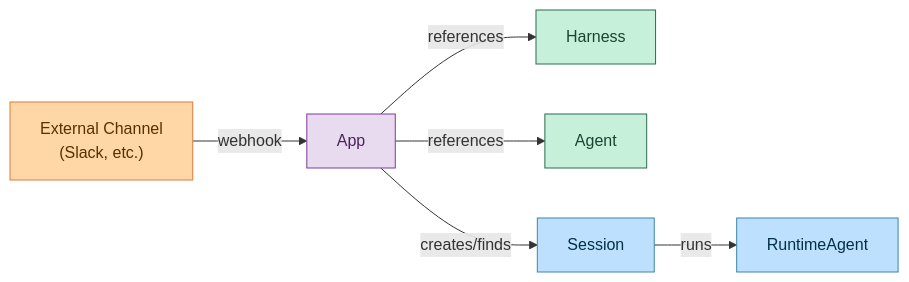
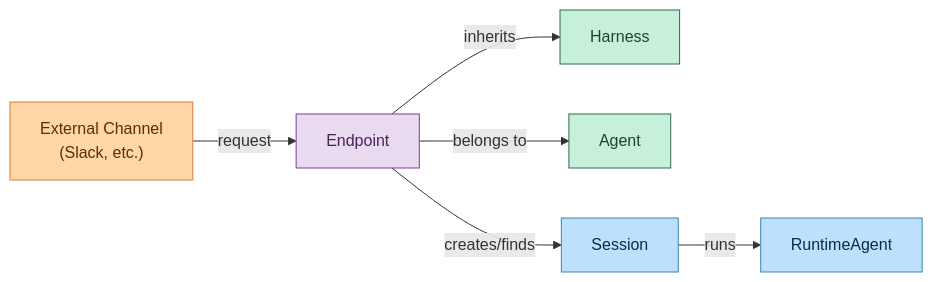
One commit to everruns/everruns changed the diagram in docs/images/apps/architecture.mmd. Above: the diagram before and after it, drawn with Mermaid. The commit also changed 18 other files, not shown here.

Commit message:
docs(slack): document endpoint setup — Fixes EVE-1052

```diff
--- a/docs/images/apps/architecture.mmd
+++ b/docs/images/apps/architecture.mmd
@@ -1,16 +1,16 @@
 graph LR
-    Channel["External Channel<br/>(Slack, etc.)"] -->|webhook| App
-    App -->|references| Harness
-    App -->|references| Agent
-    App -->|creates/finds| Session
+    Channel["External Channel<br/>(Slack, etc.)"] -->|request| Endpoint
+    Endpoint -->|inherits| Harness
+    Endpoint -->|belongs to| Agent
+    Endpoint -->|creates/finds| Session
     Session -->|runs| RuntimeAgent
 
     classDef external fill:#ffd6a5,stroke:#e07b39,color:#5a3000
     classDef app fill:#e8daef,stroke:#7d3c98,color:#4a235a
     classDef config fill:#c7f0db,stroke:#2d6a4f,color:#1b4332
     classDef runtime fill:#bde0fe,stroke:#3a86a8,color:#023047
 
     class Channel external
-    class App app
+    class Endpoint app
     class Harness,Agent config
     class Session,RuntimeAgent runtime
```
